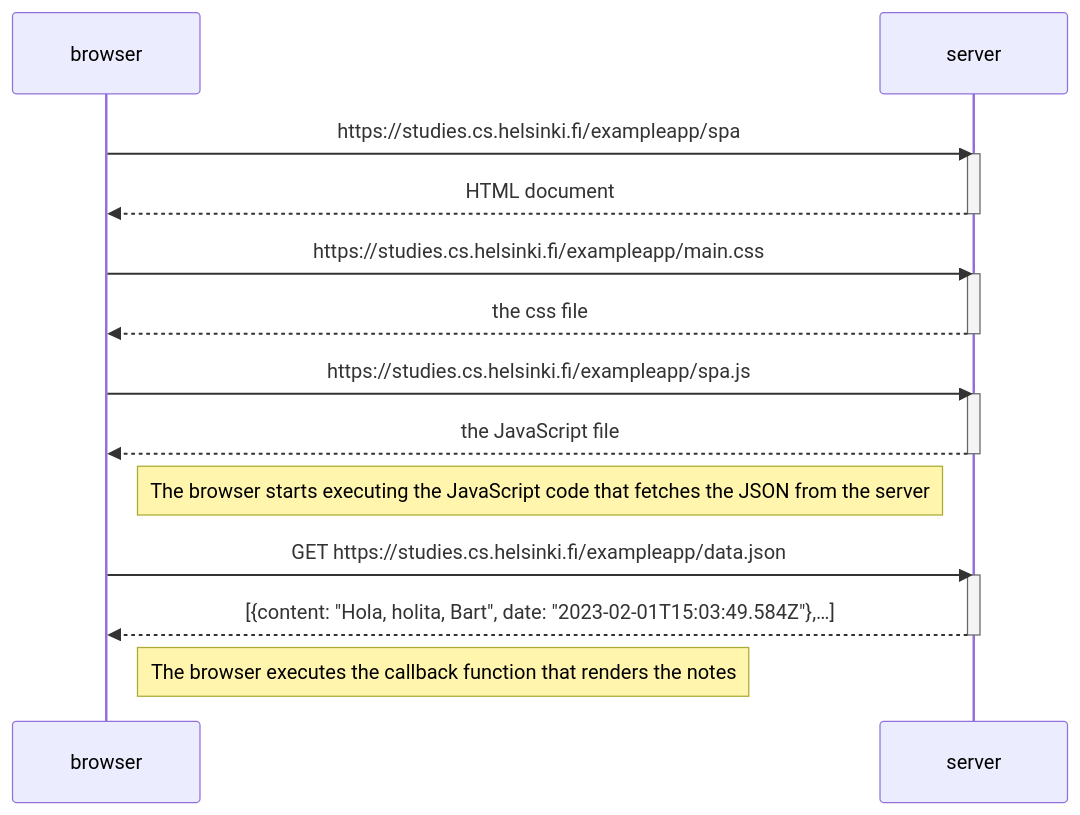
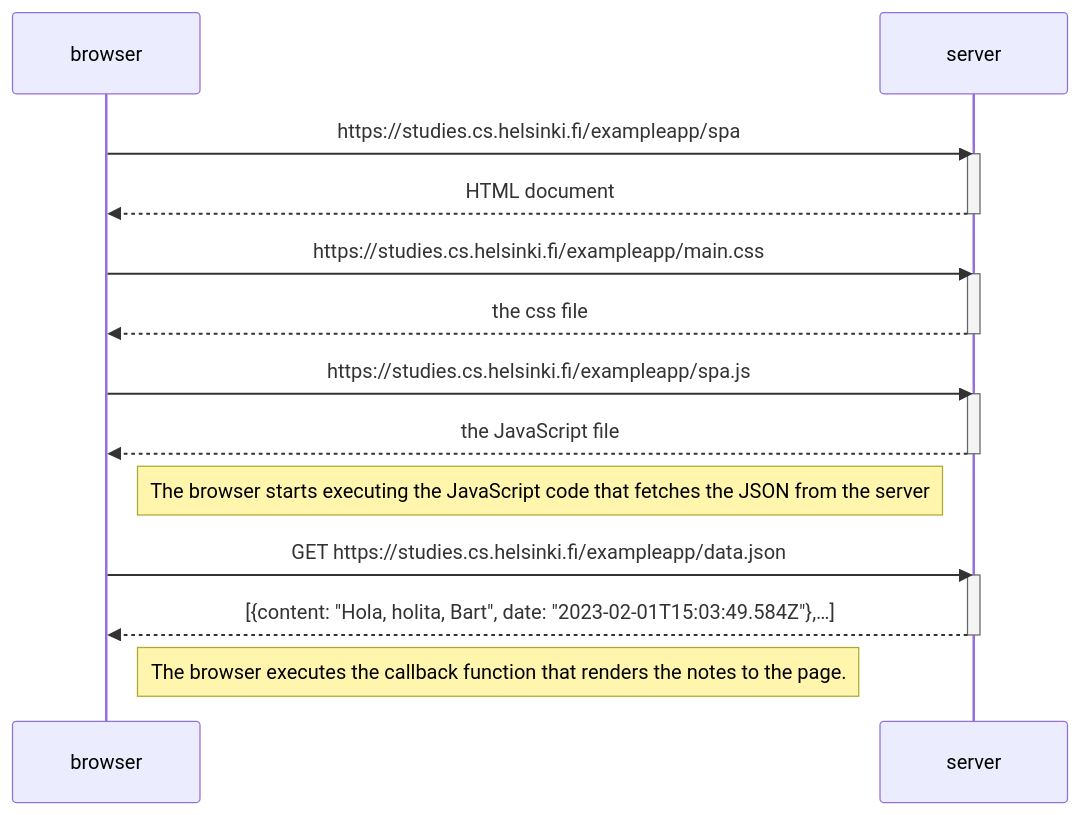
Before and after one commit to emmawalshdev/fullstackopen: the diagram in part0/0.5_single_page_diagram copy.mmd, drawn with Mermaid. The commit also changed 1 other file, not shown here.

```diff
--- a/part0/0.5_single_page_diagram copy.mmd
+++ b/part0/0.5_single_page_diagram copy.mmd
@@ -1,27 +1,27 @@
 sequenceDiagram
     participant browser
     participant server
     
     browser->>server: https://studies.cs.helsinki.fi/exampleapp/spa
     activate server
     server-->>browser: HTML document
     deactivate server
     
     browser->>server: https://studies.cs.helsinki.fi/exampleapp/main.css
     activate server
     server-->>browser: the css file
     deactivate server
     
     browser->>server: https://studies.cs.helsinki.fi/exampleapp/spa.js
     activate server
     server-->>browser: the JavaScript file
     deactivate server
     
     Note right of browser: The browser starts executing the JavaScript code that fetches the JSON from the server
     
     browser->>server: GET https://studies.cs.helsinki.fi/exampleapp/data.json
     activate server
     server-->>browser: [{content: "Hola, holita, Bart", date: "2023-02-01T15:03:49.584Z"},…]
     deactivate server    
 
-    Note right of browser: The browser executes the callback function that renders the notes 
+    Note right of browser: The browser executes the callback function that renders the notes to the page.
```
